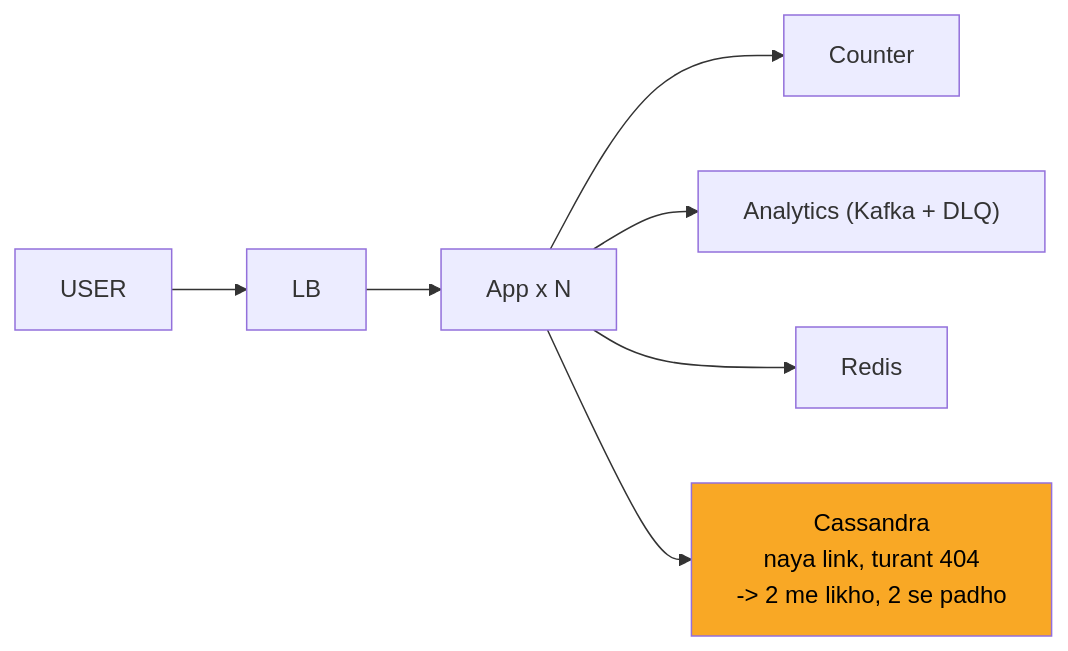
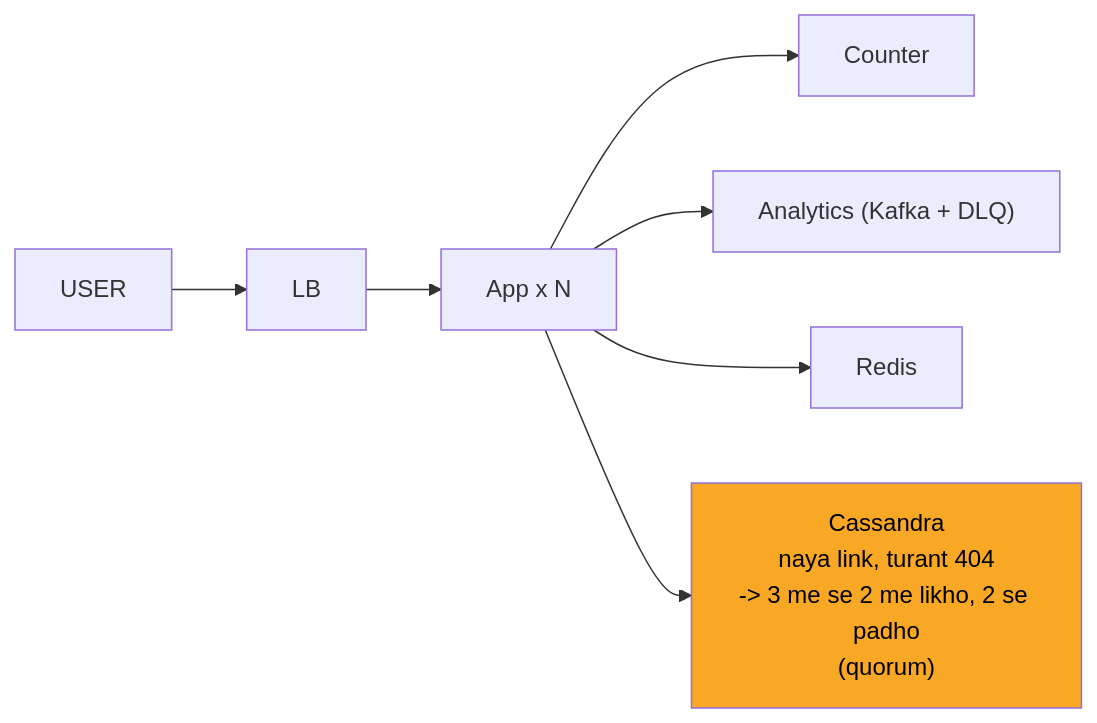
One commit to ArpanMaheshwari144/Prep changed the seventh of 10 diagrams in 04_HLD/SYSTEM_DESIGNS/01_url_shortener/01_url_shortener.md. Above: the diagram before and after it, drawn with Mermaid. The commit also changed other lines of this file and 13 other files, not shown here.

````diff
--- a/04_HLD/SYSTEM_DESIGNS/01_url_shortener/01_url_shortener.md
+++ b/04_HLD/SYSTEM_DESIGNS/01_url_shortener/01_url_shortener.md
@@ -289,17 +289,17 @@
 ```mermaid
 flowchart LR
     n_USER["USER"]
     n_LB["LB"]
     n_App_xN["App x N"]
     n_Counter["Counter"]
     n_ANA["Analytics (Kafka + DLQ)"]
     n_Redis["Redis"]
-    n_Cassandra["Cassandra<br/>naya link, turant 404<br/>-> 2 me likho, 2 se padho"]
+    n_Cassandra["Cassandra<br/>naya link, turant 404<br/>-> 3 me se 2 me likho, 2 se padho<br/>(quorum)"]
     n_USER --> n_LB
     n_LB --> n_App_xN
     n_App_xN --> n_Counter
     n_App_xN --> n_ANA
     n_App_xN --> n_Redis
     n_App_xN --> n_Cassandra
     style n_Cassandra fill:#f9a825,color:#000
 ```
````
